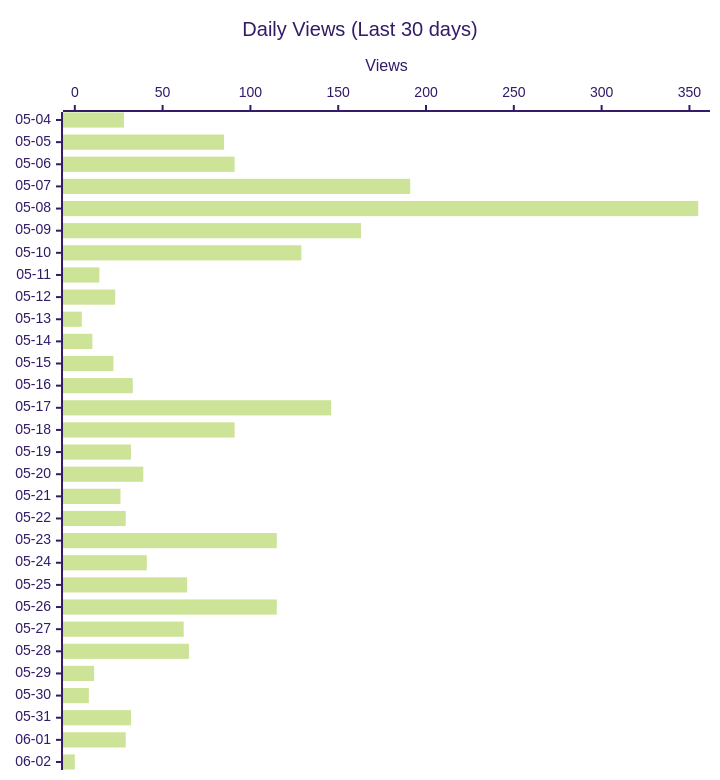
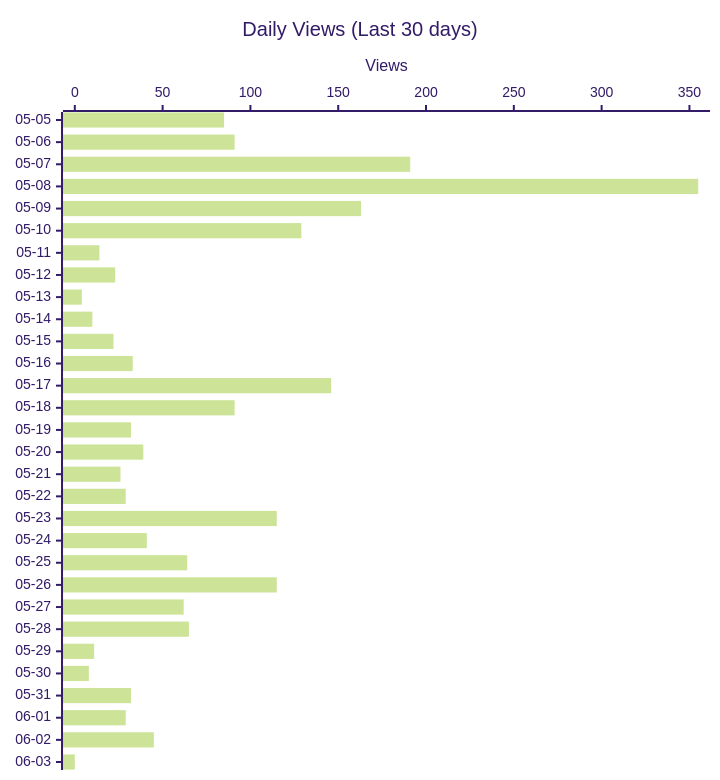
The second of 3 diagrams in README.md (shigechika/github-insights), drawn with Mermaid (forest theme) before and after one commit. The commit also changed other lines of this file and 2 other files, not shown here.

````diff
--- a/README.md
+++ b/README.md
@@ -28,12 +28,12 @@
 ```mermaid
 ---
 config:
   xyChart:
     height: 760
 ---
 xychart-beta horizontal
     title "Daily Views (Last 30 days)"
-    x-axis ["05-04", "05-05", "05-06", "05-07", "05-08", "05-09", "05-10", "05-11", "05-12", "05-13", "05-14", "05-15", "05-16", "05-17", "05-18", "05-19", "05-20", "05-21", "05-22", "05-23", "05-24", "05-25", "05-26", "05-27", "05-28", "05-29", "05-30", "05-31", "06-01", "06-02"]
+    x-axis ["05-05", "05-06", "05-07", "05-08", "05-09", "05-10", "05-11", "05-12", "05-13", "05-14", "05-15", "05-16", "05-17", "05-18", "05-19", "05-20", "05-21", "05-22", "05-23", "05-24", "05-25", "05-26", "05-27", "05-28", "05-29", "05-30", "05-31", "06-01", "06-02", "06-03"]
     y-axis "Views"
-    bar [28, 85, 91, 191, 355, 163, 129, 14, 23, 4, 10, 22, 33, 146, 91, 32, 39, 26, 29, 115, 41, 64, 115, 62, 65, 11, 8, 32, 29, 0]
+    bar [85, 91, 191, 355, 163, 129, 14, 23, 4, 10, 22, 33, 146, 91, 32, 39, 26, 29, 115, 41, 64, 115, 62, 65, 11, 8, 32, 29, 45, 0]
 ```
````
